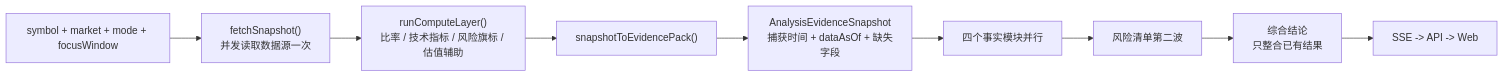
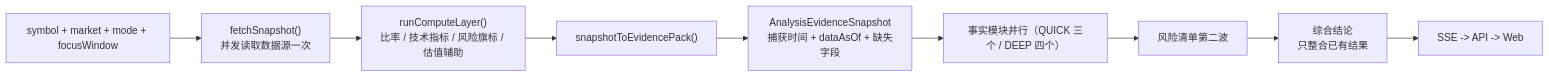
The first of 2 diagrams in packages/analysis/FUNCTIONAL.md (crisweb1994/bourse), drawn with Mermaid before and after one commit. The commit also changed other lines of this file and 53 other files, not shown here.

````diff
--- a/packages/analysis/FUNCTIONAL.md
+++ b/packages/analysis/FUNCTIONAL.md
@@ -63,11 +63,11 @@
 ```mermaid
 flowchart LR
   INPUT["symbol + market + mode + focusWindow"] --> FETCH["fetchSnapshot()\n并发读取数据源一次"]
   FETCH --> COMPUTE["runComputeLayer()\n比率 / 技术指标 / 风险旗标 / 估值辅助"]
   COMPUTE --> PACK["snapshotToEvidencePack()"]
   PACK --> STORE["AnalysisEvidenceSnapshot\n捕获时间 + dataAsOf + 缺失字段"]
-  STORE --> FACTS["四个事实模块并行"]
+  STORE --> FACTS["事实模块并行（QUICK 三个 / DEEP 四个）"]
   FACTS --> RISK["风险清单第二波"]
   RISK --> SUMMARY["综合结论\n只整合已有结果"]
   SUMMARY --> SSE["SSE -> API -> Web"]
 ```
````
